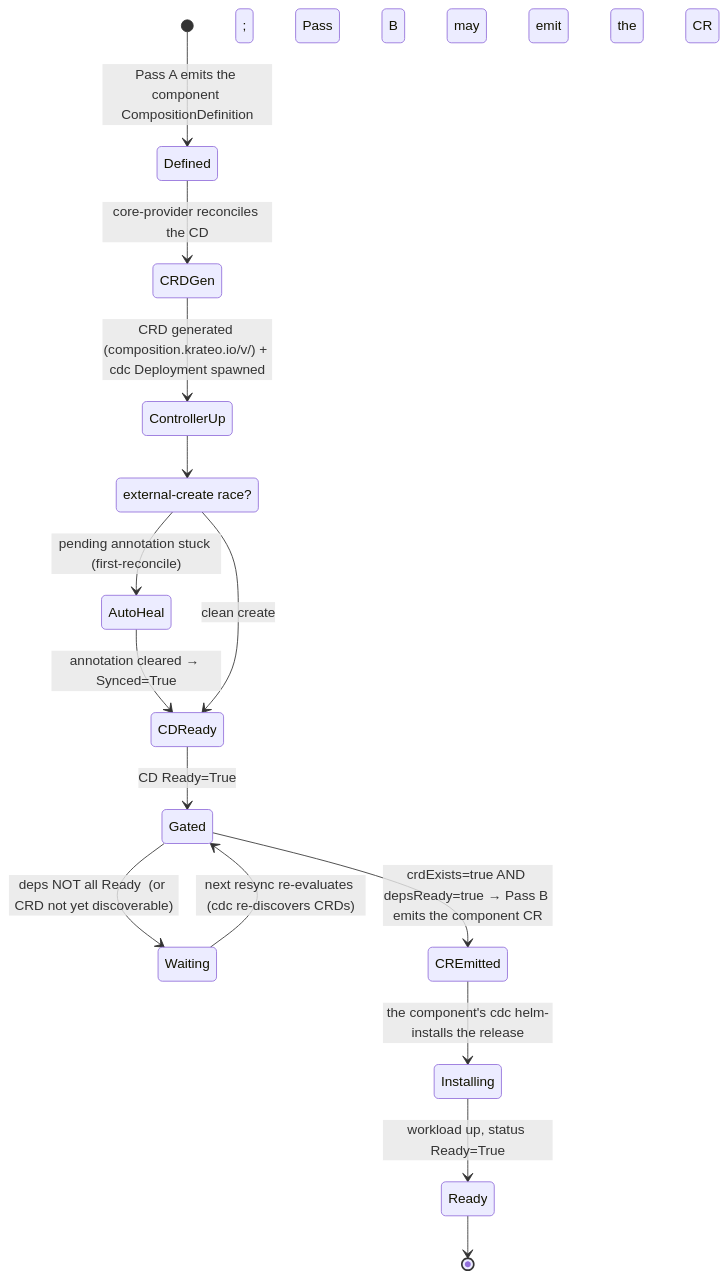
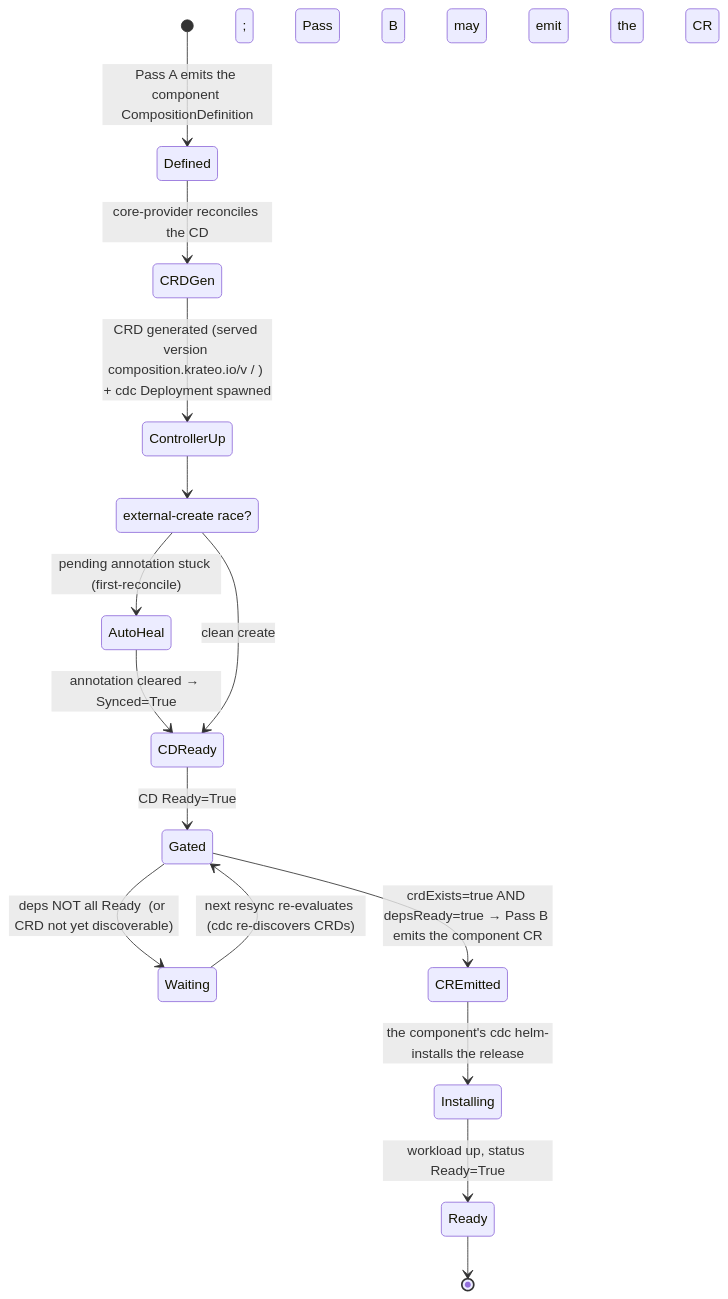
One commit to braghettos/installer changed the third of 8 diagrams in ARCHITECTURE.md. Above: the diagram before and after it, drawn with Mermaid. The commit also changed other lines of this file and 11 other files, not shown here.

````diff
--- a/ARCHITECTURE.md
+++ b/ARCHITECTURE.md
@@ -98,21 +99,21 @@
 ```mermaid
 stateDiagram-v2
     direction TB
     [*] --> Defined: Pass A emits the component CompositionDefinition
     Defined --> CRDGen: core-provider reconciles the CD
-    CRDGen --> ControllerUp: CRD generated (composition.krateo.io/v<chartver>/<Kind>) + cdc Deployment spawned
+    CRDGen --> ControllerUp: CRD generated (served version composition.krateo.io/v<component-chartver> / <Kind>) + cdc Deployment spawned
 
     state "external-create race?" as race
     ControllerUp --> race
     race --> AutoHeal: pending annotation stuck (first-reconcile)
     AutoHeal --> CDReady: annotation cleared → Synced=True
     race --> CDReady: clean create
 
     CDReady --> Gated: CD Ready=True; Pass B may emit the CR
     Gated --> Waiting: deps NOT all Ready  (or CRD not yet discoverable)
     Waiting --> Gated: next resync re-evaluates (cdc re-discovers CRDs)
     Gated --> CREmitted: crdExists=true AND depsReady=true → Pass B emits the component CR
     CREmitted --> Installing: the component's cdc helm-installs the release
     Installing --> Ready: workload up, status Ready=True
     Ready --> [*]
 ```
````
